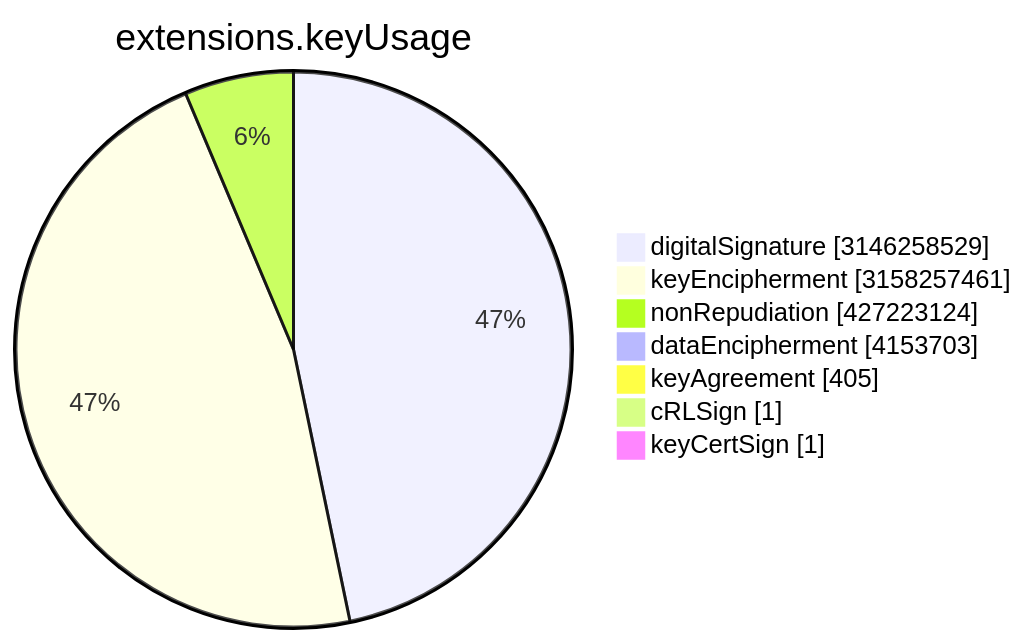
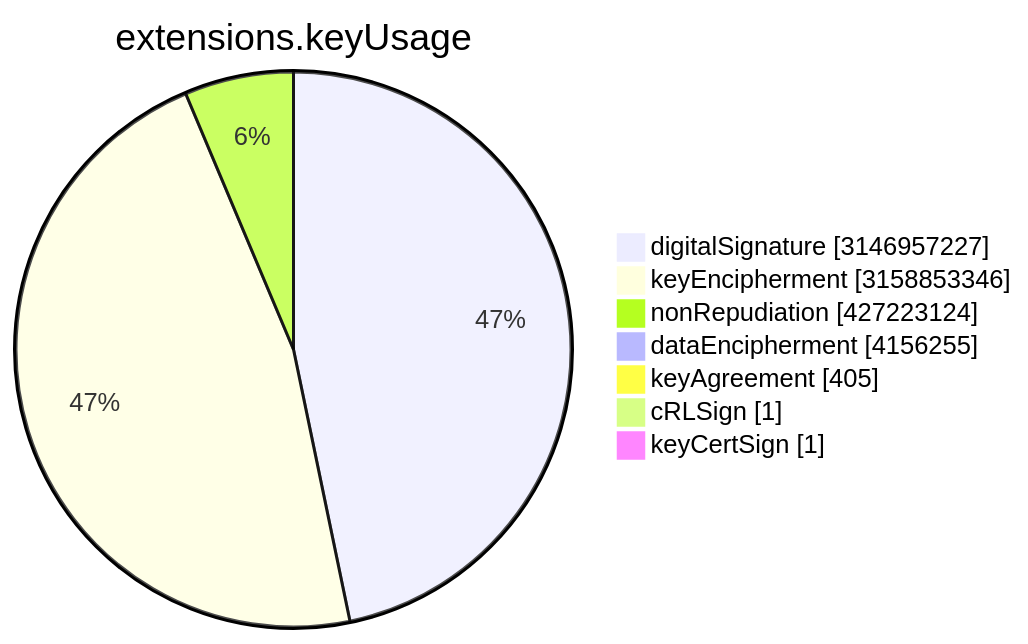
One commit to christiankrug/ctmonitor_visualization changed the sixth of 15 diagrams in TOTAL/README.md. Above: the diagram before and after it, drawn with Mermaid. The commit also changed other lines of this file, not shown here.

````diff
--- a/TOTAL/README.md
+++ b/TOTAL/README.md
@@ -3077,11 +3077,11 @@
 ```mermaid
 pie showData
 title extensions.keyUsage
-"digitalSignature" :3146258529
-"keyEncipherment" :3158257461
+"digitalSignature" :3146957227
+"keyEncipherment" :3158853346
 "nonRepudiation" :427223124
-"dataEncipherment" :4153703
+"dataEncipherment" :4156255
 "keyAgreement" :405
 "cRLSign" :1
 "keyCertSign" :1
 ```
````
